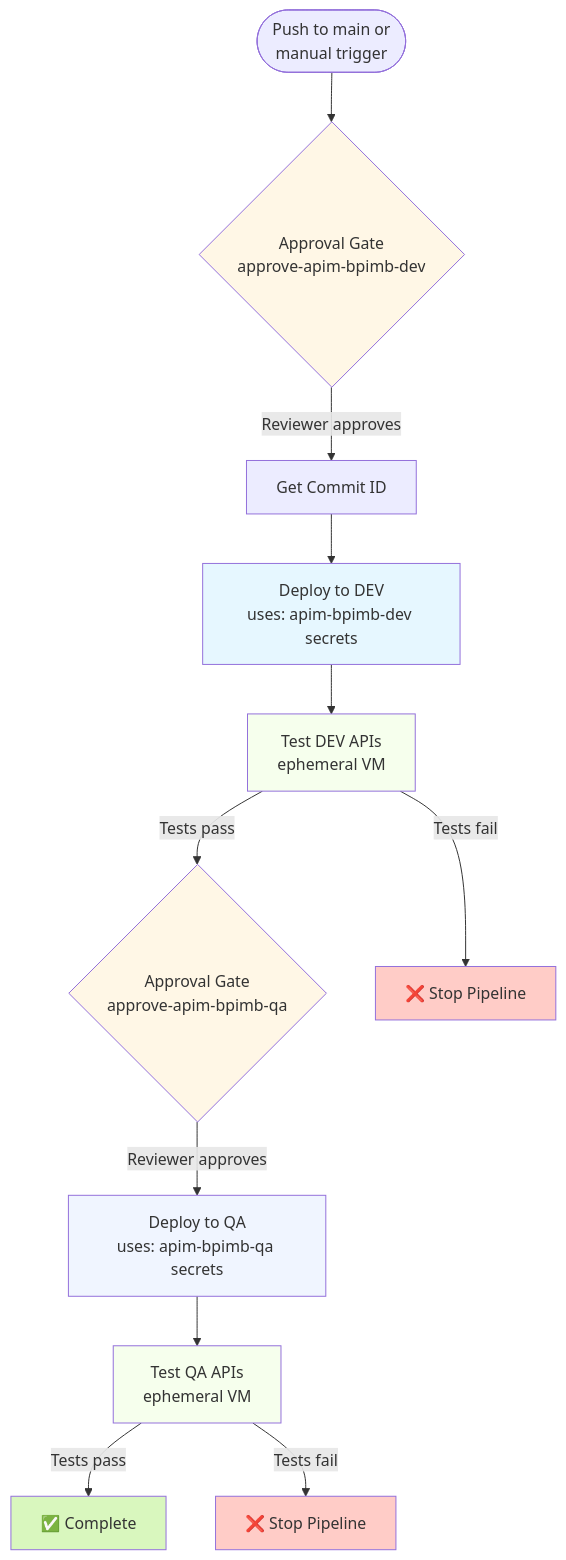
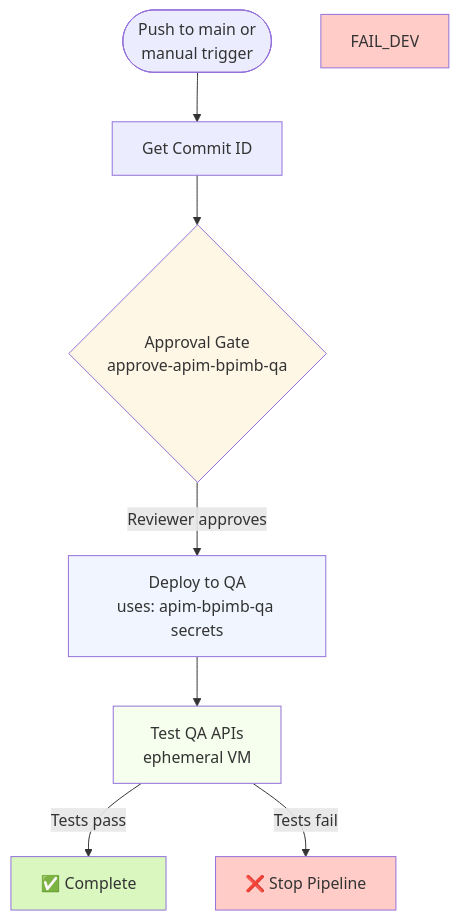
The second of 6 diagrams in README.md (NIAID-BPIMB-whiters/API-DEVOPS), drawn with Mermaid before and after one commit. The commit also changed other lines of this file, not shown here.

Commit message:
docs: Update Quick Start to reflect DEV-first workflow (no direct artifact editing)

````diff
--- a/README.md
+++ b/README.md
@@ -712,23 +729,16 @@
 ```mermaid
 graph TD
-    START([Push to main or<br/>manual trigger]) --> APPROVE_DEV{Approval Gate<br/>approve-apim-bpimb-dev}
-    APPROVE_DEV --> |Reviewer approves| GET_COMMIT[Get Commit ID]
-    GET_COMMIT --> DEPLOY_DEV[Deploy to DEV<br/>uses: apim-bpimb-dev secrets]
-    DEPLOY_DEV --> TEST_DEV[Test DEV APIs<br/>ephemeral VM]
-    TEST_DEV --> |Tests pass| APPROVE_QA{Approval Gate<br/>approve-apim-bpimb-qa}
-    TEST_DEV --> |Tests fail| FAIL_DEV[❌ Stop Pipeline]
+    START([Push to main or<br/>manual trigger]) --> GET_COMMIT[Get Commit ID]
+    GET_COMMIT --> APPROVE_QA{Approval Gate<br/>approve-apim-bpimb-qa}
     APPROVE_QA --> |Reviewer approves| DEPLOY_QA[Deploy to QA<br/>uses: apim-bpimb-qa secrets]
     DEPLOY_QA --> TEST_QA[Test QA APIs<br/>ephemeral VM]
     TEST_QA --> |Tests pass| SUCCESS[✅ Complete]
     TEST_QA --> |Tests fail| FAIL_QA[❌ Stop Pipeline]
     
-    style APPROVE_DEV fill:#fff7e6
     style APPROVE_QA fill:#fff7e6
-    style DEPLOY_DEV fill:#e6f7ff
     style DEPLOY_QA fill:#f0f5ff
-    style TEST_DEV fill:#f6ffed
     style TEST_QA fill:#f6ffed
     style SUCCESS fill:#d9f7be
     style FAIL_DEV fill:#ffccc7
     style FAIL_QA fill:#ffccc7
 ```
````
